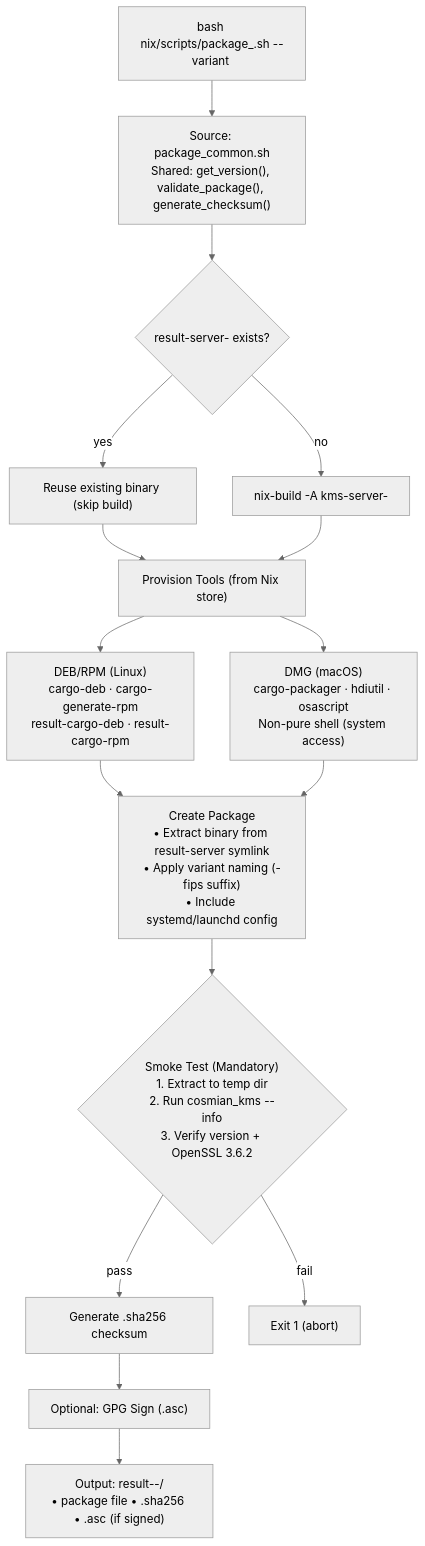
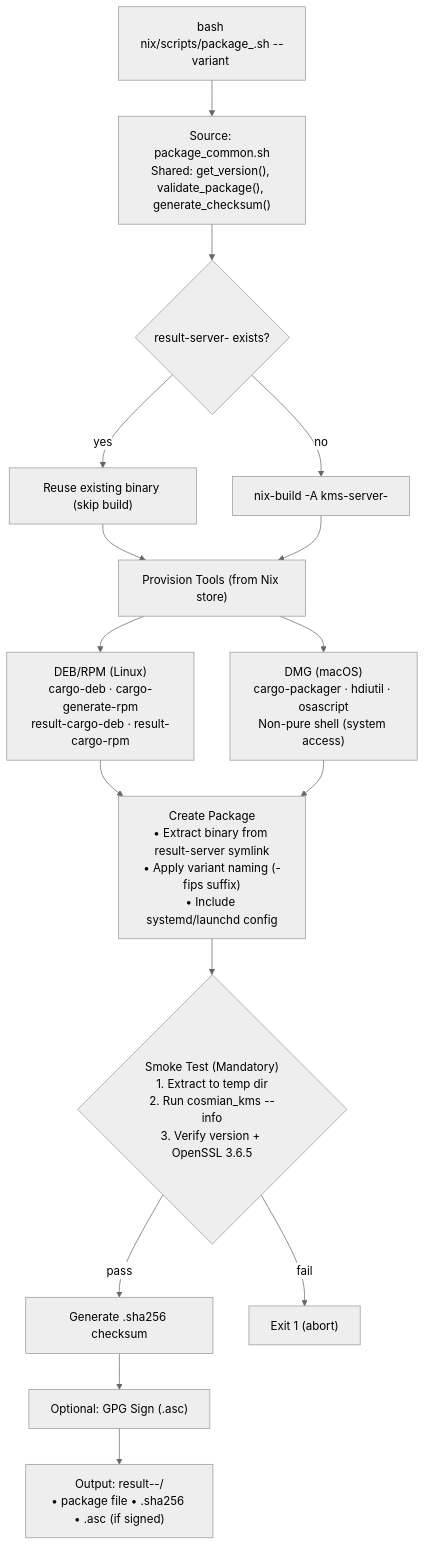
The ninth of 11 diagrams in nix/README.md (Cosmian/kms), drawn with Mermaid (neutral theme) before and after one commit. The commit also changed other lines of this file and 45 other files, not shown here.

First line of the commit message:
fix(build): bump statically linked OpenSSL to 3.6.5

````diff
--- a/nix/README.md
+++ b/nix/README.md
@@ -715,28 +715,28 @@
 ```mermaid
 flowchart TB
     entry["bash nix/scripts/package_<type>.sh --variant <fips|non-fips>"]
     common["Source: package_common.sh<br/>Shared: get_version(), validate_package(), generate_checksum()"]
     entry --> common
     check_bin{"result-server-<variant> exists?"}
     common --> check_bin
     reuse["Reuse existing binary (skip build)"]
     nix_build["nix-build -A kms-server-<variant>"]
     check_bin -- yes --> reuse
     check_bin -- no --> nix_build
     tools["Provision Tools (from Nix store)"]
     reuse & nix_build --> tools
     deb_rpm["DEB/RPM (Linux)<br/>cargo-deb · cargo-generate-rpm<br/>result-cargo-deb · result-cargo-rpm"]
     dmg["DMG (macOS)<br/>cargo-packager · hdiutil · osascript<br/>Non-pure shell (system access)"]
     tools --> deb_rpm & dmg
     create["Create Package<br/>• Extract binary from result-server symlink<br/>• Apply variant naming (-fips suffix)<br/>• Include systemd/launchd config"]
     deb_rpm & dmg --> create
-    smoke{"Smoke Test (Mandatory)<br/>1. Extract to temp dir<br/>2. Run cosmian_kms --info<br/>3. Verify version + OpenSSL 3.6.2"}
+    smoke{"Smoke Test (Mandatory)<br/>1. Extract to temp dir<br/>2. Run cosmian_kms --info<br/>3. Verify version + OpenSSL 3.6.5"}
     create --> smoke
     pass["Generate .sha256 checksum"]
     gpg["Optional: GPG Sign (.asc)"]
     fail["Exit 1 (abort)"]
     smoke -- pass --> pass --> gpg
     smoke -- fail --> fail
     output["Output: result-<type>-<variant>/<br/>• package file • .sha256 • .asc (if signed)"]
     gpg --> output
 ```
````
